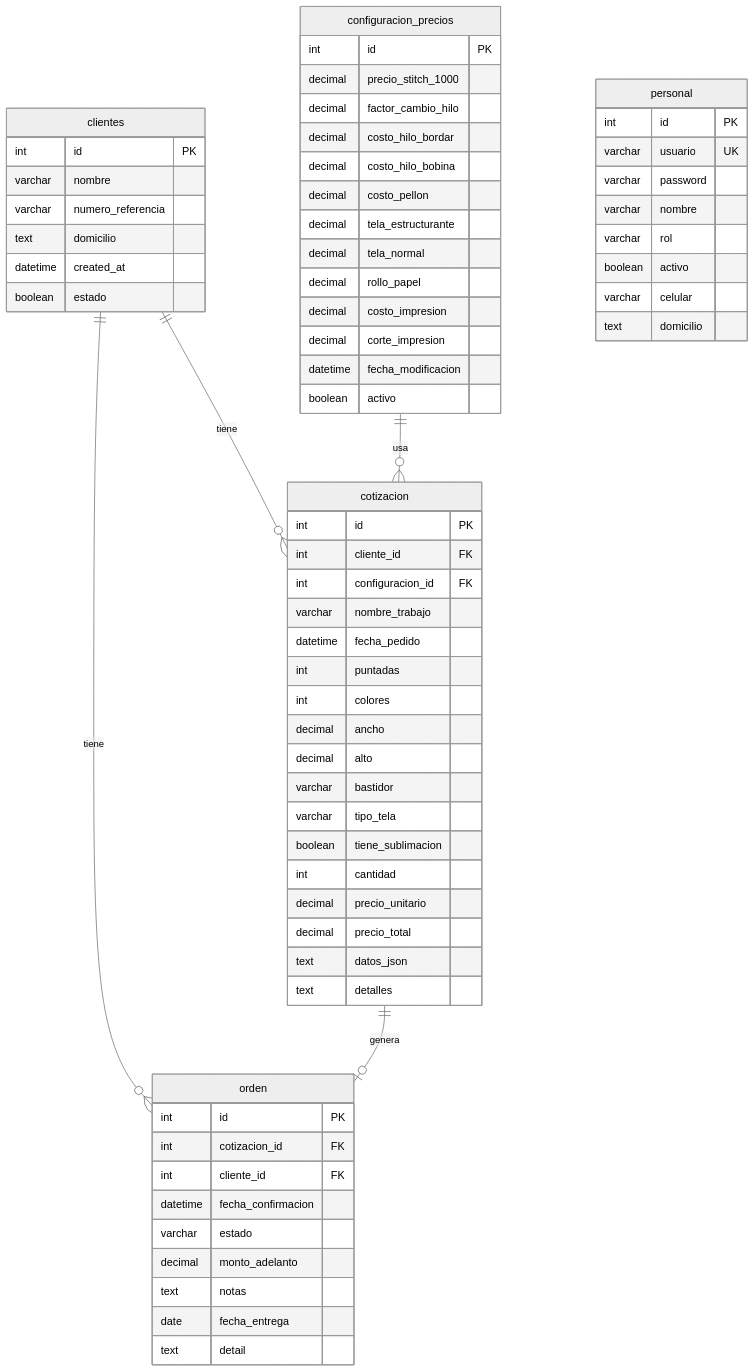
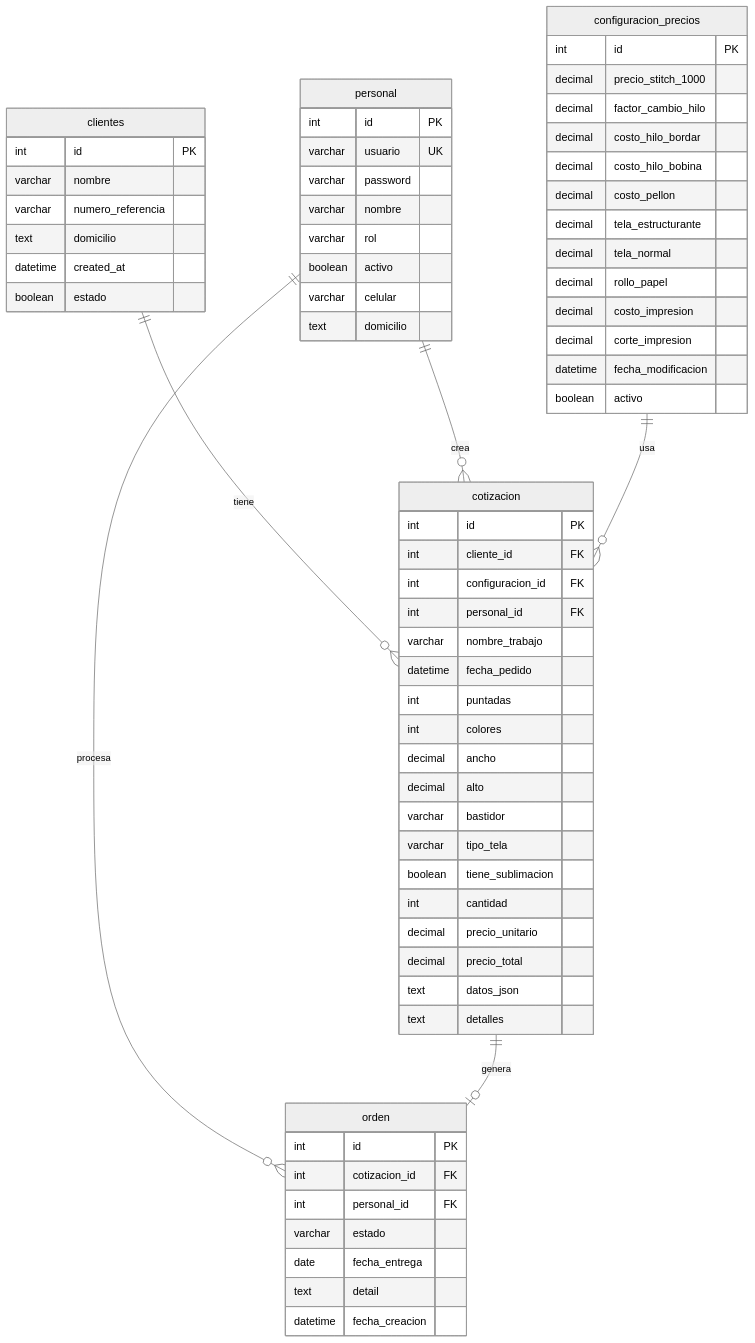
Before and after one commit to LuisFuturo01/costos_with_zequitexsrl: the diagram in README.md, drawn with Mermaid (neutral theme). The commit also changed other lines of this file and 14 other files, not shown here.

````diff
--- a/README.md
+++ b/README.md
@@ -96,75 +96,75 @@
 ```mermaid
 erDiagram
     clientes ||--o{ cotizacion : tiene
-    clientes ||--o{ orden : tiene
+    personal ||--o{ cotizacion : crea
+    personal ||--o{ orden : procesa
     configuracion_precios ||--o{ cotizacion : usa
     cotizacion ||--o| orden : genera
 
     clientes {
         int id PK
         varchar nombre
         varchar numero_referencia
         text domicilio
         datetime created_at
         boolean estado
     }
 
     personal {
         int id PK
         varchar usuario UK
         varchar password
         varchar nombre
         varchar rol
         boolean activo
         varchar celular
         text domicilio
     }
 
     configuracion_precios {
         int id PK
         decimal precio_stitch_1000
         decimal factor_cambio_hilo
         decimal costo_hilo_bordar
         decimal costo_hilo_bobina
         decimal costo_pellon
         decimal tela_estructurante
         decimal tela_normal
         decimal rollo_papel
         decimal costo_impresion
         decimal corte_impresion
         datetime fecha_modificacion
         boolean activo
     }
 
     cotizacion {
         int id PK
         int cliente_id FK
         int configuracion_id FK
+        int personal_id FK
         varchar nombre_trabajo
         datetime fecha_pedido
         int puntadas
         int colores
         decimal ancho
         decimal alto
         varchar bastidor
         varchar tipo_tela
         boolean tiene_sublimacion
         int cantidad
         decimal precio_unitario
         decimal precio_total
         text datos_json
         text detalles
     }
 
     orden {
         int id PK
         int cotizacion_id FK
-        int cliente_id FK
-        datetime fecha_confirmacion
+        int personal_id FK
         varchar estado
-        decimal monto_adelanto
-        text notas
         date fecha_entrega
         text detail
+        datetime fecha_creacion
     }
 ```
````
